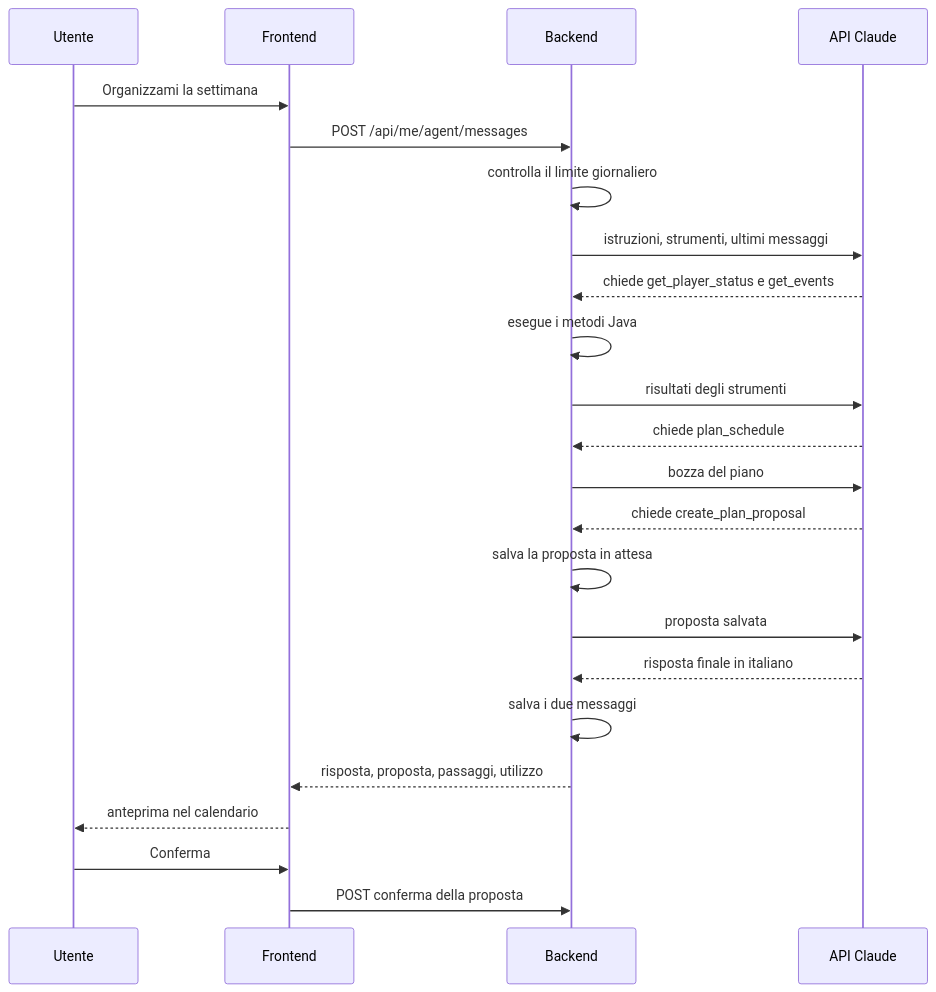
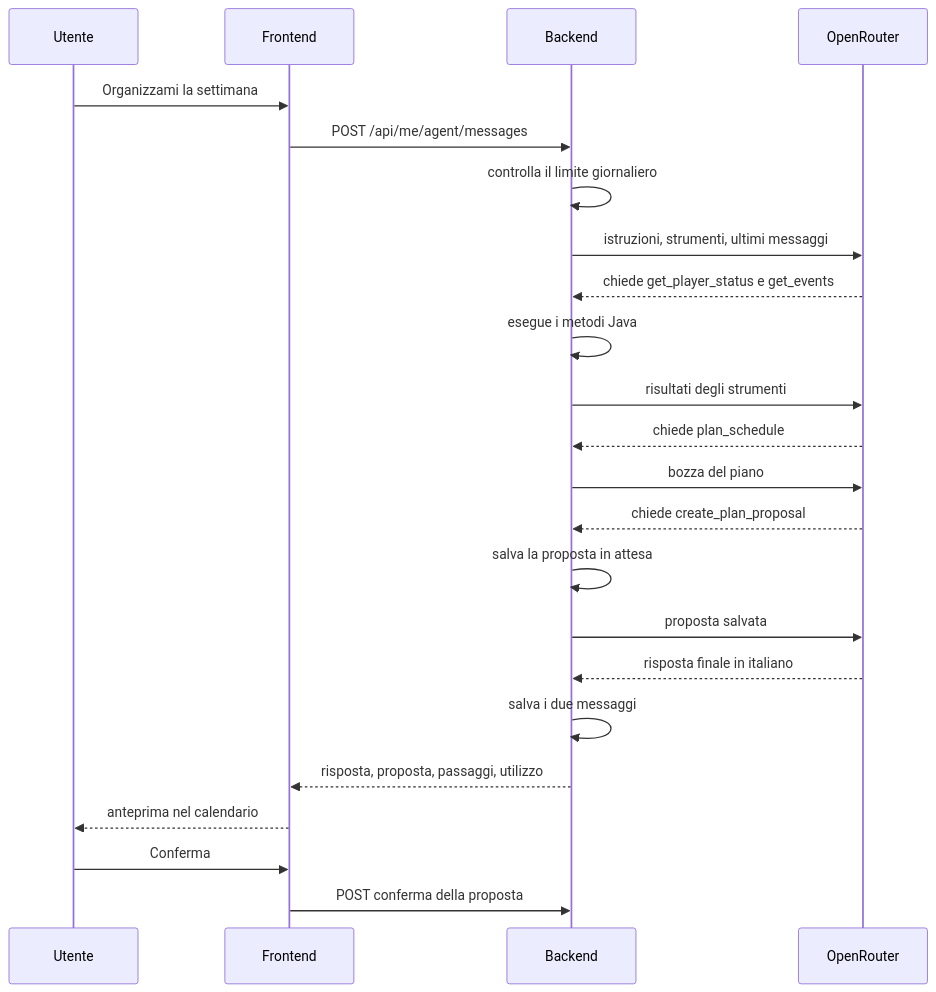
One commit to CristianNunezJorge/resonance-planner changed the diagram in docs/06-agente.md. Above: the diagram before and after it, drawn with Mermaid. The commit also changed other lines of this file and 29 other files, not shown here.

Commit message:
feat: add OpenRouter model client (T32) (#40)

````diff
--- a/docs/06-agente.md
+++ b/docs/06-agente.md
@@ -18,25 +18,25 @@
 ```mermaid
 sequenceDiagram
   participant U as Utente
   participant F as Frontend
   participant B as Backend
-  participant C as API Claude
+  participant C as OpenRouter
   U->>F: Organizzami la settimana
   F->>B: POST /api/me/agent/messages
   B->>B: controlla il limite giornaliero
   B->>C: istruzioni, strumenti, ultimi messaggi
   C-->>B: chiede get_player_status e get_events
   B->>B: esegue i metodi Java
   B->>C: risultati degli strumenti
   C-->>B: chiede plan_schedule
   B->>C: bozza del piano
   C-->>B: chiede create_plan_proposal
   B->>B: salva la proposta in attesa
   B->>C: proposta salvata
   C-->>B: risposta finale in italiano
   B->>B: salva i due messaggi
   B-->>F: risposta, proposta, passaggi, utilizzo
   F-->>U: anteprima nel calendario
   U->>F: Conferma
   F->>B: POST conferma della proposta
 ```
````
